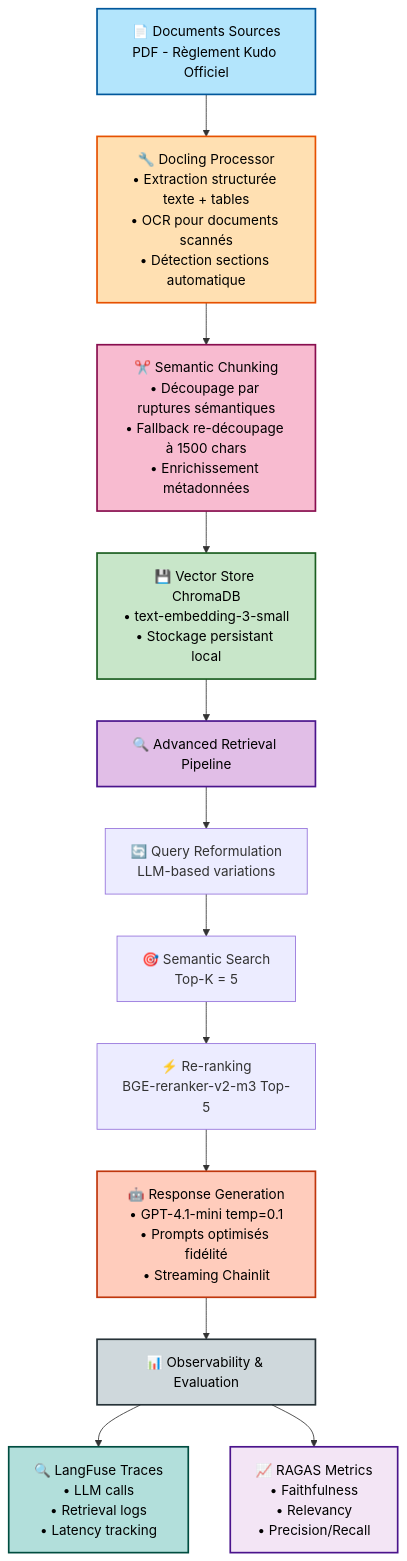
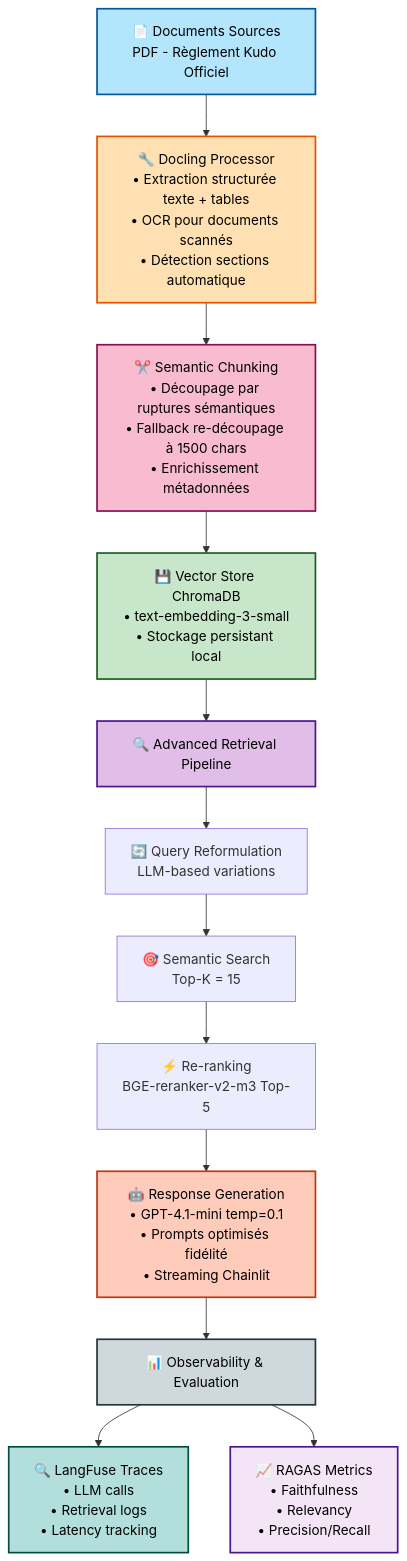
The diagram in README.md (dlakisic/RAG-Kudo), drawn with Mermaid before and after one commit.

Commit message:
docs: fix semantic search Top-K to 15 in Mermaid diagram

````diff
--- a/README.md
+++ b/README.md
@@ -25,31 +25,31 @@
 ```mermaid
 graph TB
     A[📄 Documents Sources<br/>PDF - Règlement Kudo Officiel] --> B[🔧 Docling Processor<br/>• Extraction structurée texte + tables<br/>• OCR pour documents scannés<br/>• Détection sections automatique]
 
     B --> C[✂️ Semantic Chunking<br/>• Découpage par ruptures sémantiques<br/>• Fallback re-découpage à 1500 chars<br/>• Enrichissement métadonnées]
 
     C --> D[💾 Vector Store ChromaDB<br/>• text-embedding-3-small<br/>• Stockage persistant local]
 
     D --> E[🔍 Advanced Retrieval Pipeline]
 
     E --> E1[🔄 Query Reformulation<br/>LLM-based variations]
-    E1 --> E2[🎯 Semantic Search<br/>Top-K = 5]
+    E1 --> E2[🎯 Semantic Search<br/>Top-K = 15]
     E2 --> E3[⚡ Re-ranking<br/>BGE-reranker-v2-m3 Top-5]
 
     E3 --> F[🤖 Response Generation<br/>• GPT-4.1-mini temp=0.1<br/>• Prompts optimisés fidélité<br/>• Streaming Chainlit]
 
     F --> G[📊 Observability & Evaluation]
 
     G --> G1[🔍 LangFuse Traces<br/>• LLM calls<br/>• Retrieval logs<br/>• Latency tracking]
     G --> G2[📈 RAGAS Metrics<br/>• Faithfulness<br/>• Relevancy<br/>• Precision/Recall]
 
     style A fill:#b3e5fc,stroke:#01579b,stroke-width:2px,color:#000
     style B fill:#ffe0b2,stroke:#e65100,stroke-width:2px,color:#000
     style C fill:#f8bbd0,stroke:#880e4f,stroke-width:2px,color:#000
     style D fill:#c8e6c9,stroke:#1b5e20,stroke-width:2px,color:#000
     style E fill:#e1bee7,stroke:#4a148c,stroke-width:2px,color:#000
     style F fill:#ffccbc,stroke:#bf360c,stroke-width:2px,color:#000
     style G fill:#cfd8dc,stroke:#263238,stroke-width:2px,color:#000
     style G1 fill:#b2dfdb,stroke:#004d40,stroke-width:2px,color:#000
     style G2 fill:#f3e5f5,stroke:#4a148c,stroke-width:2px,color:#000
 ```
````
